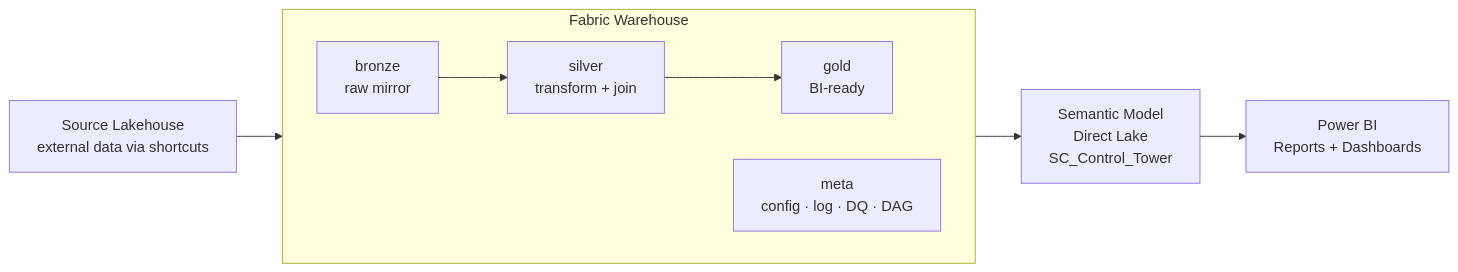
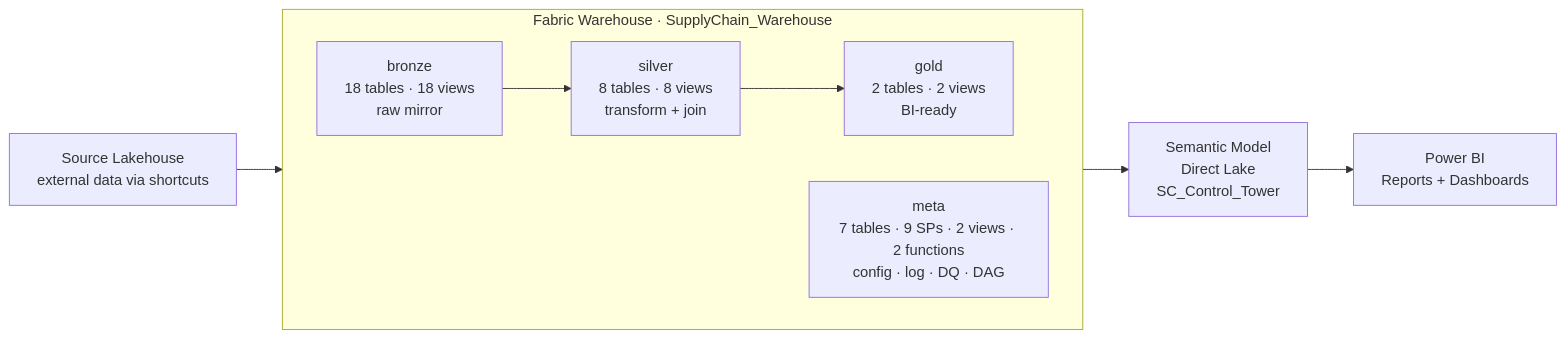
The first of 9 diagrams in README.md (ankinguyen-engineer-2002/Fabric-v9-Warehouse-Medallion), drawn with Mermaid before and after one commit. The commit also changed other lines of this file and 9 other files, not shown here.

````diff
--- a/README.md
+++ b/README.md
@@ -22,17 +37,17 @@
 ```mermaid
 flowchart LR
     SRC["Source Lakehouse\nexternal data via shortcuts"]
 
-    subgraph WH["Fabric Warehouse"]
+    subgraph WH["Fabric Warehouse · SupplyChain_Warehouse"]
         direction LR
-        B["bronze\nraw mirror"]
-        S["silver\ntransform + join"]
-        G["gold\nBI-ready"]
-        M["meta\nconfig · log · DQ · DAG"]
+        B["bronze\n18 tables · 18 views\nraw mirror"]
+        S["silver\n8 tables · 8 views\ntransform + join"]
+        G["gold\n2 tables · 2 views\nBI-ready"]
+        M["meta\n7 tables · 9 SPs · 2 views · 2 functions\nconfig · log · DQ · DAG"]
         B --> S --> G
     end
 
     SRC --> B
     G --> SM["Semantic Model\nDirect Lake\nSC_Control_Tower"]
     SM --> PBI["Power BI\nReports + Dashboards"]
 ```
````
